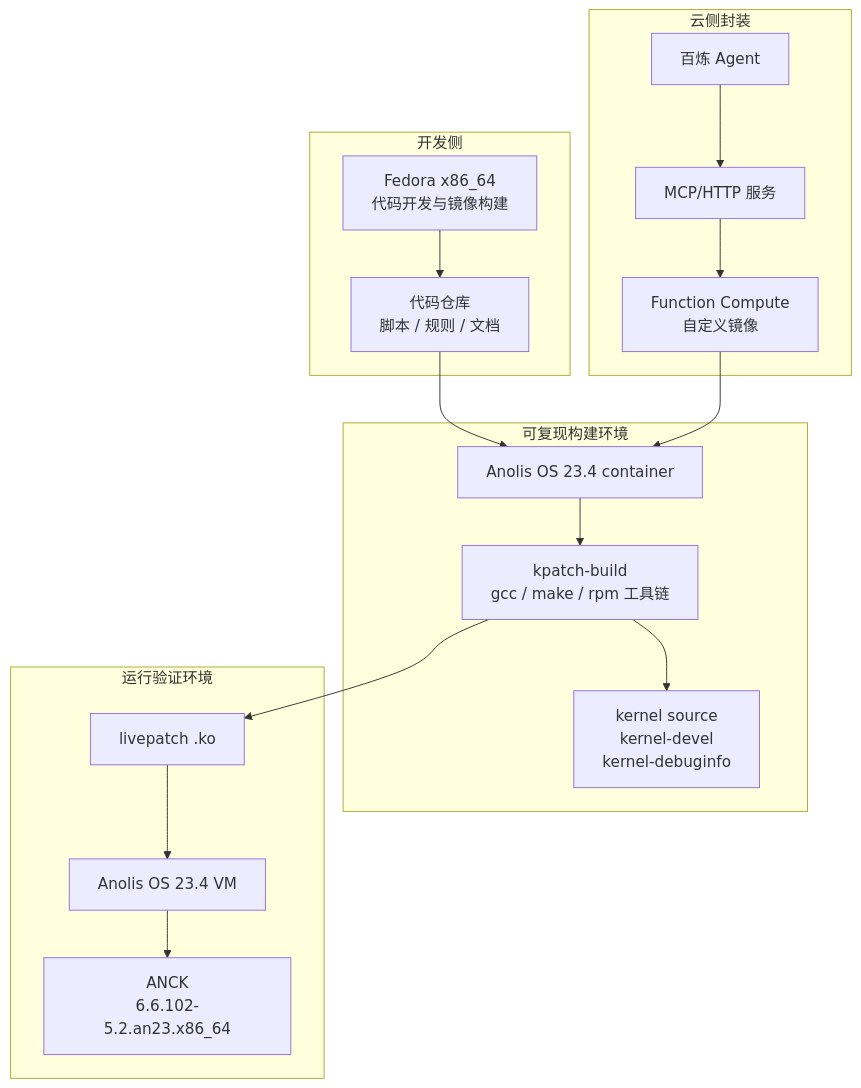
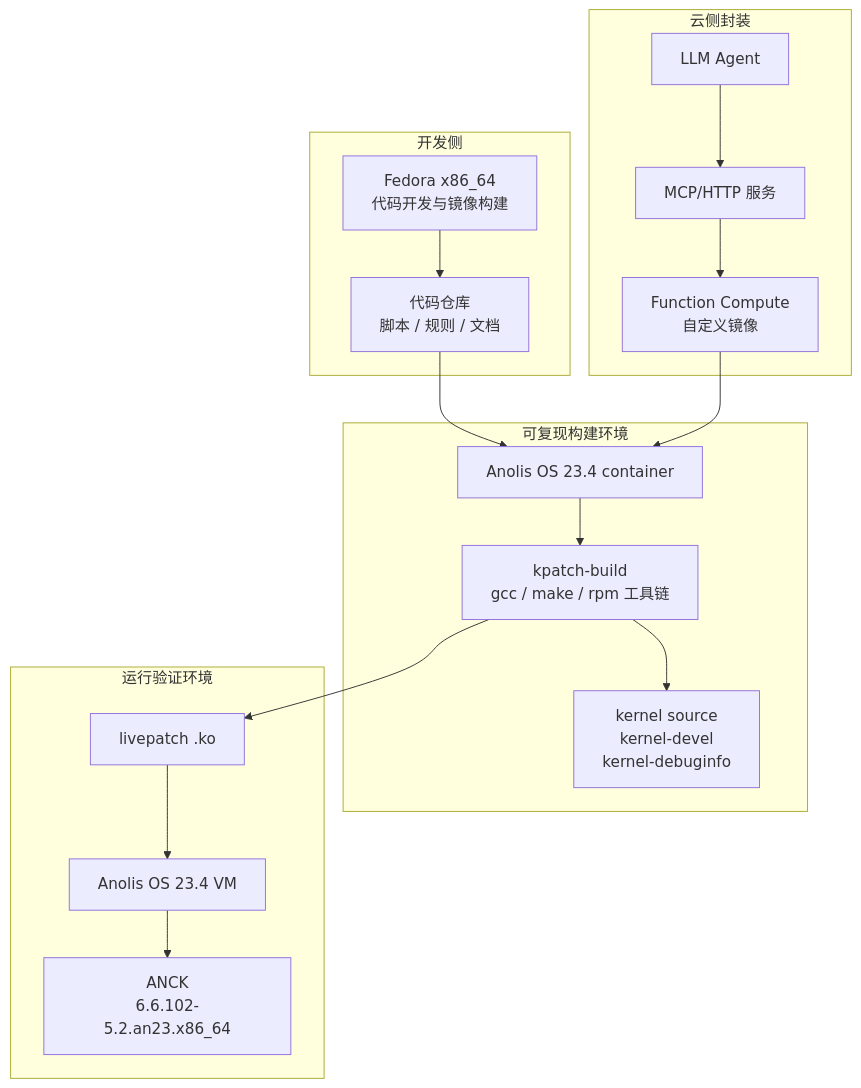
The eighth of 13 diagrams in README.md (lsbbdbb/kernel_project_v1), drawn with Mermaid before and after one commit. The commit also changed other lines of this file and 54 other files, not shown here.

````diff
--- a/README.md
+++ b/README.md
@@ -711,32 +711,32 @@
 ```mermaid
 flowchart TB
     subgraph Dev["开发侧"]
         Fedora["Fedora x86_64\n代码开发与镜像构建"]
         Repo["代码仓库\n脚本 / 规则 / 文档"]
     end
     subgraph Build["可复现构建环境"]
         Container["Anolis OS 23.4 container"]
         Toolchain["kpatch-build\ngcc / make / rpm 工具链"]
         KernelPkg["kernel source\nkernel-devel\nkernel-debuginfo"]
     end
     subgraph Run["运行验证环境"]
         VM["Anolis OS 23.4 VM"]
         Kernel["ANCK\n6.6.102-5.2.an23.x86_64"]
         Module["livepatch .ko"]
     end
     subgraph Cloud["云侧封装"]
-        Bailian["百炼 Agent"]
+        Bailian["LLM Agent"]
         MCP["MCP/HTTP 服务"]
         FC["Function Compute\n自定义镜像"]
     end
     Fedora --> Repo
     Repo --> Container
     Container --> Toolchain
     Toolchain --> KernelPkg
     Toolchain --> Module
     Module --> VM
     VM --> Kernel
     Bailian --> MCP
     MCP --> FC
     FC --> Container
 ```
````
